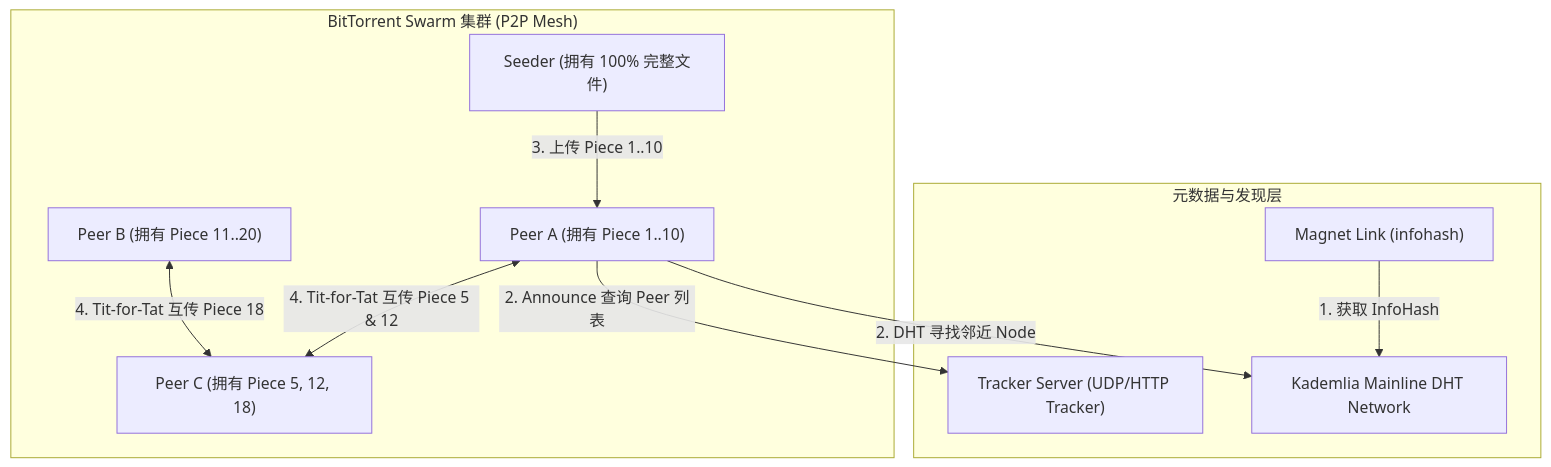
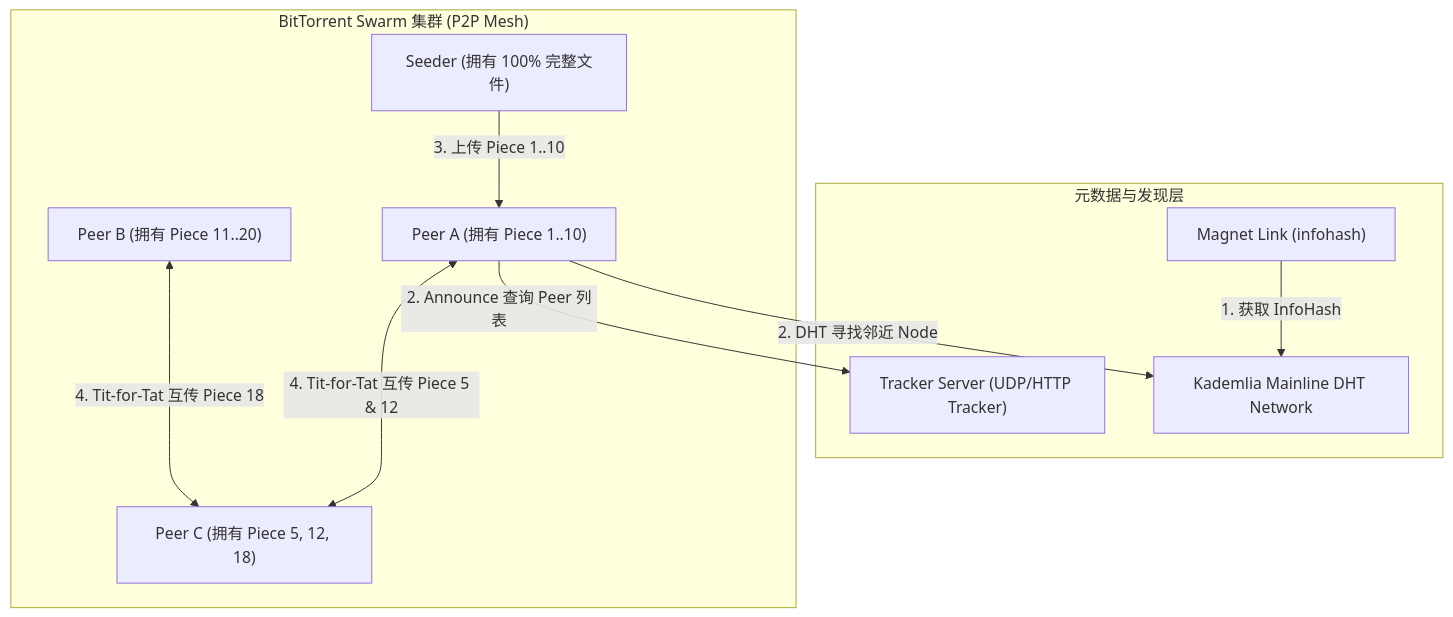
The second of 5 diagrams in docs/atlas/bittorrent.mdx (koosai/AI-Architect-Learning), drawn with Mermaid before and after one commit. The commit also changed 68 other files, not shown here.

Commit message:
fix(atlas): fix browser client-side Mermaid rendering for mindmaps and flowcharts across 67 case studies

````diff
--- a/docs/atlas/bittorrent.mdx
+++ b/docs/atlas/bittorrent.mdx
@@ -83,23 +83,23 @@
 ```mermaid
 flowchart TB
   subgraph Meta_Tier["元数据与发现层"]
     Magnet["Magnet Link (infohash)"]
     Tracker["Tracker Server (UDP/HTTP Tracker)"]
     DHT["Kademlia Mainline DHT Network"]
   end
 
   subgraph Swarm_Tier["BitTorrent Swarm 集群 (P2P Mesh)"]
     Seeder["Seeder (拥有 100% 完整文件)"]
     Leecher1["Peer A (拥有 Piece 1..10)"]
     Leecher2["Peer B (拥有 Piece 11..20)"]
     Leecher3["Peer C (拥有 Piece 5, 12, 18)"]
   end
 
   Magnet -->|1. 获取 InfoHash| DHT
   Leecher1 -->|2. Announce 查询 Peer 列表| Tracker
   Leecher1 -->|2. DHT 寻找邻近 Node| DHT
 
   Seeder -->|3. 上传 Piece 1..10| Leecher1
-  Leecher1 <-->|4. Tit-for-Tat 互传 Piece 5 & 12| Leecher3
-  Leecher2 <-->|4. Tit-for-Tat 互传 Piece 18| Leecher3
+  Leecher1 <--->|4. Tit-for-Tat 互传 Piece 5 & 12| Leecher3
+  Leecher2 <--->|4. Tit-for-Tat 互传 Piece 18| Leecher3
 ```
````
